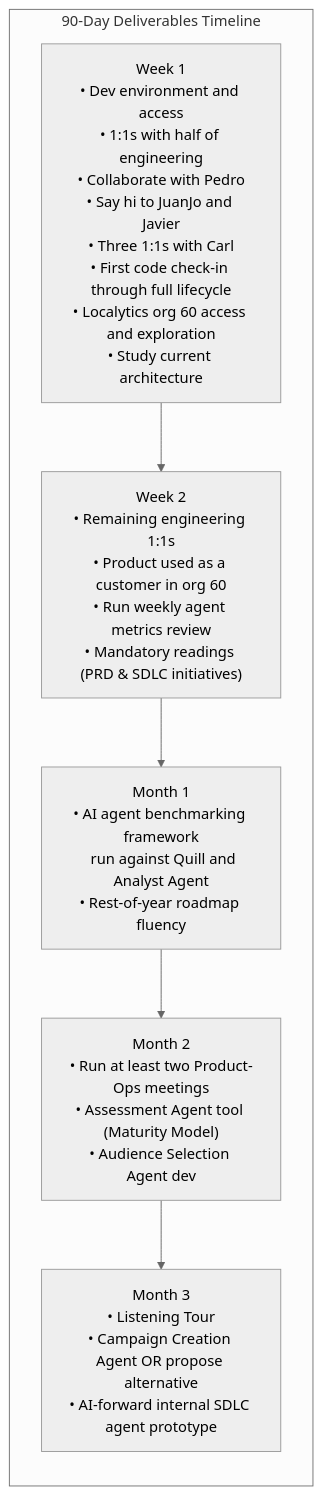
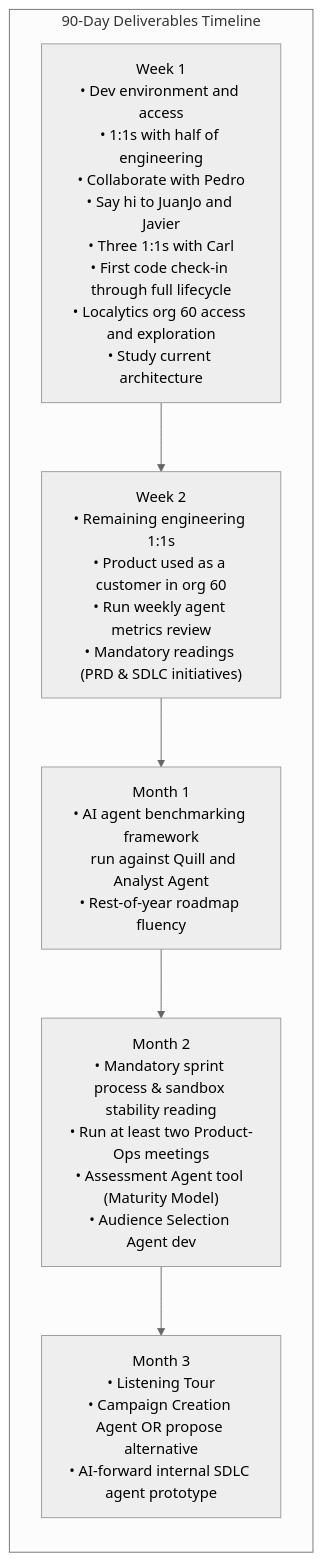
One commit to yher-fde/90d-onboarding changed the diagram in docs/90-day-plan.md. Above: the diagram before and after it, drawn with Mermaid (neutral theme). The commit also changed other lines of this file, not shown here.

Commit message:
Add mandatory reading of sprint process and sandbox stability in Week 5

````diff
--- a/docs/90-day-plan.md
+++ b/docs/90-day-plan.md
@@ -37,13 +37,13 @@
 ```mermaid
 flowchart TD
     subgraph Timeline [90-Day Deliverables Timeline]
         direction TB
         W1["Week 1<br/>• Dev environment and access<br/>• 1:1s with half of engineering<br/>• Collaborate with Pedro<br/>• Say hi to JuanJo and Javier<br/>• Three 1:1s with Carl<br/>• First code check-in through full lifecycle<br/>• Localytics org 60 access and exploration<br/>• Study current architecture"]
         W2["Week 2<br/>• Remaining engineering 1:1s<br/>• Product used as a customer in org 60<br/>• Run weekly agent metrics review<br/>• Mandatory readings (PRD & SDLC initiatives)"]
         M1["Month 1<br/>• AI agent benchmarking framework<br/>  run against Quill and Analyst Agent<br/>• Rest-of-year roadmap fluency"]
-        M2["Month 2<br/>• Run at least two Product-Ops meetings<br/>• Assessment Agent tool (Maturity Model)<br/>• Audience Selection Agent dev"]
+        M2["Month 2<br/>• Mandatory sprint process & sandbox stability reading<br/>• Run at least two Product-Ops meetings<br/>• Assessment Agent tool (Maturity Model)<br/>• Audience Selection Agent dev"]
         M3["Month 3<br/>• Listening Tour<br/>• Campaign Creation Agent OR propose alternative<br/>• AI-forward internal SDLC agent prototype"]
 
         W1 --> W2 --> M1 --> M2 --> M3
     end
 ```
````
